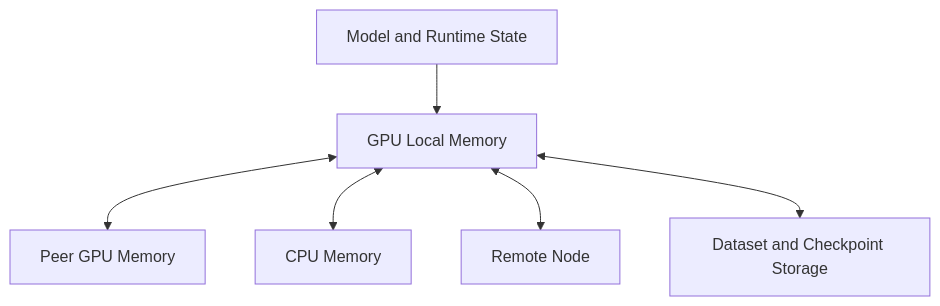
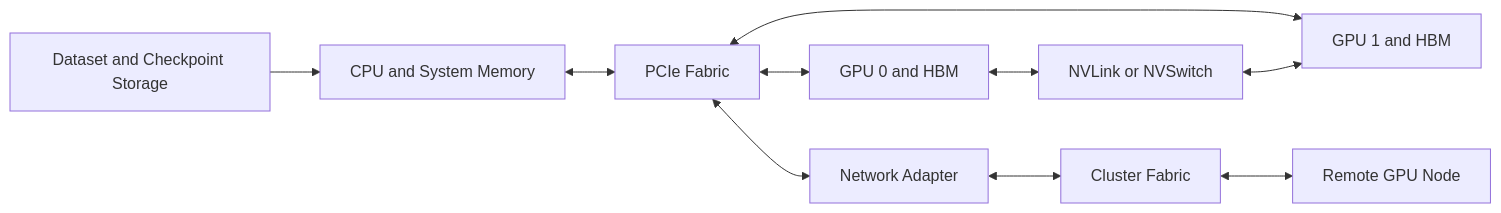
Before and after one commit to jithinpnjm/nvidia-devops: the first of 4 diagrams in docs/nvidia-zero-to-hero/volume-07/chapter-01-why-gpu-networking-exists.md, drawn with Mermaid. The commit also changed other lines of this file, not shown here.

````diff
--- a/docs/nvidia-zero-to-hero/volume-07/chapter-01-why-gpu-networking-exists.md
+++ b/docs/nvidia-zero-to-hero/volume-07/chapter-01-why-gpu-networking-exists.md
@@ -32,15 +68,20 @@
 ```mermaid
-flowchart TD
-    Model[Model and Runtime State]
-    HBM[GPU Local Memory]
-    Peer[Peer GPU Memory]
-    Host[CPU Memory]
-    Network[Remote Node]
+flowchart LR
     Storage[Dataset and Checkpoint Storage]
+    CPU[CPU and System Memory]
+    PCIe[PCIe Fabric]
+    GPU0[GPU 0 and HBM]
+    GPU1[GPU 1 and HBM]
+    NV[NVLink or NVSwitch]
+    NIC[Network Adapter]
+    Fabric[Cluster Fabric]
+    Remote[Remote GPU Node]
 
-    Model --> HBM
-    HBM <--> Peer
-    HBM <--> Host
-    HBM <--> Network
-    HBM <--> Storage
+    Storage --> CPU
+    CPU <--> PCIe
+    PCIe <--> GPU0
+    PCIe <--> GPU1
+    GPU0 <--> NV <--> GPU1
+    PCIe <--> NIC
+    NIC <--> Fabric <--> Remote
 ```
````
